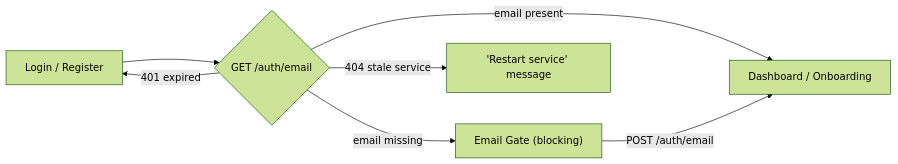
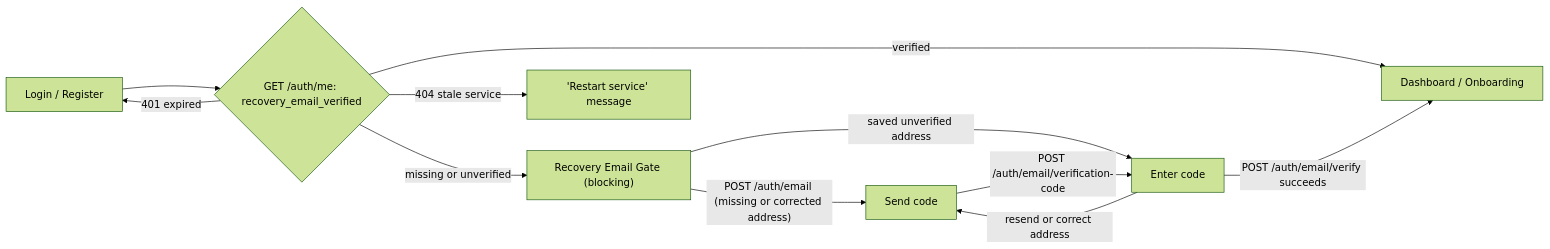
The second of 5 diagrams in docs/AUTHENTICATION.md (ahmedtvmer/MAYOS), drawn with Mermaid (forest theme) before and after one commit. The commit also changed other lines of this file and 32 other files, not shown here.

````diff
--- a/docs/AUTHENTICATION.md
+++ b/docs/AUTHENTICATION.md
@@ -120,9 +123,13 @@
 ```mermaid
 flowchart LR
-    Login["Login / Register"] --> Check{"GET /auth/email"}
-    Check -- "email present" --> Dashboard["Dashboard / Onboarding"]
-    Check -- "email missing" --> Gate["Email Gate (blocking)"]
-    Gate -- "POST /auth/email" --> Dashboard
+    Login["Login / Register"] --> Check{"GET /auth/me: recovery_email_verified"}
+    Check -- "verified" --> Dashboard["Dashboard / Onboarding"]
+    Check -- "missing or unverified" --> Gate["Recovery Email Gate (blocking)"]
+    Gate -- "POST /auth/email (missing or corrected address)" --> Send["Send code"]
+    Gate -- "saved unverified address" --> Verify["Enter code"]
+    Send -- "POST /auth/email/verification-code" --> Verify["Enter code"]
+    Verify -- "POST /auth/email/verify succeeds" --> Dashboard
+    Verify -- "resend or correct address" --> Send
     Check -- "401 expired" --> Login
     Check -- "404 stale service" --> Ops["'Restart service' message"]
 ```
````
